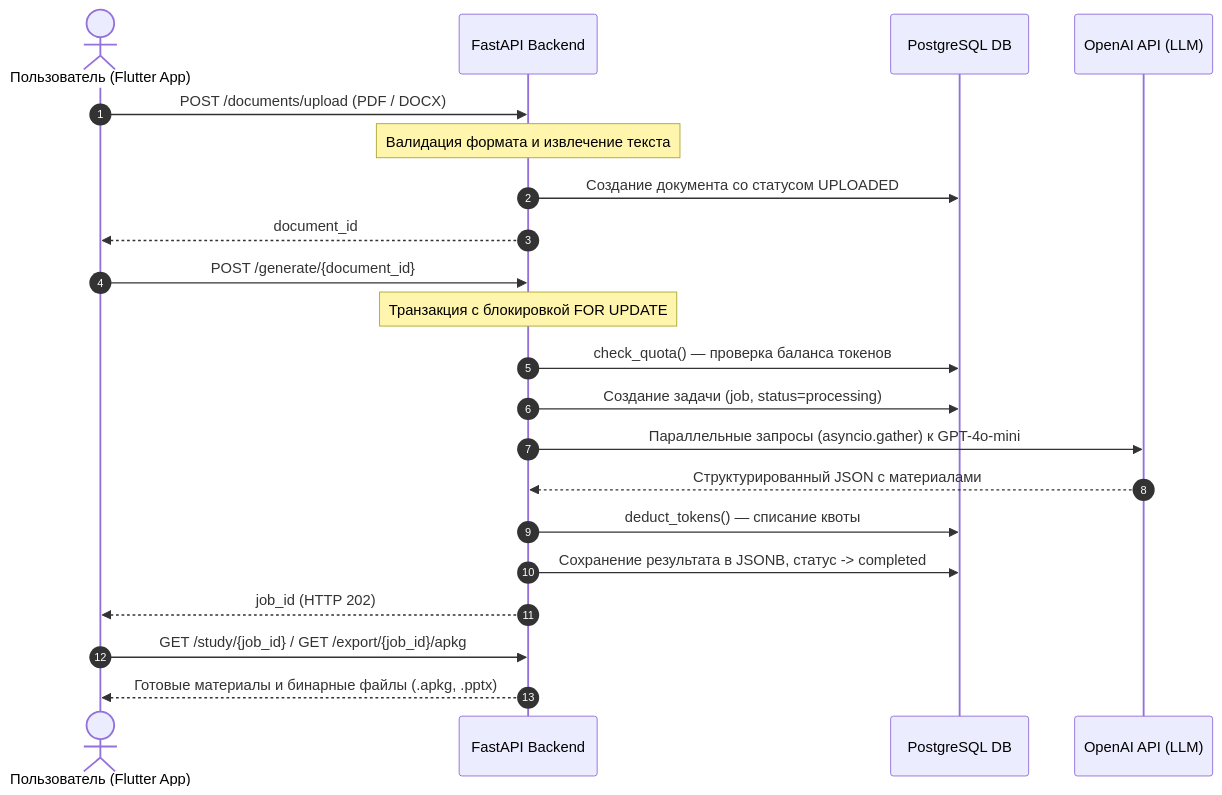
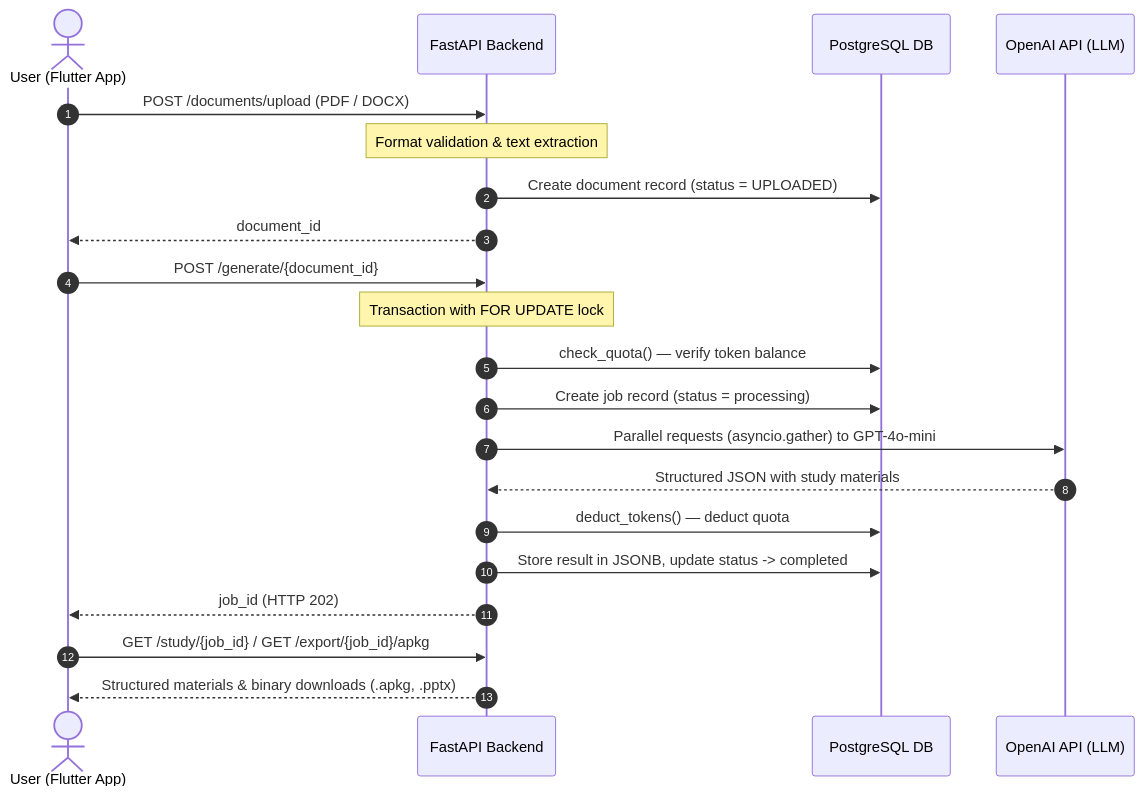
The diagram in README.md (madishkin/Mentora), drawn with Mermaid before and after one commit. The commit also changed other lines of this file, not shown here.

````diff
--- a/README.md
+++ b/README.md
@@ -52,28 +58,28 @@
 ```mermaid
 sequenceDiagram
     autonumber
-    actor User as Пользователь (Flutter App)
+    actor User as User (Flutter App)
     participant FastAPI as FastAPI Backend
     participant DB as PostgreSQL DB
     participant OpenAI as OpenAI API (LLM)
 
     User->>FastAPI: POST /documents/upload (PDF / DOCX)
-    Note over FastAPI: Валидация формата и извлечение текста
-    FastAPI->>DB: Создание документа со статусом UPLOADED
+    Note over FastAPI: Format validation & text extraction
+    FastAPI->>DB: Create document record (status = UPLOADED)
     FastAPI-->>User: document_id
 
     User->>FastAPI: POST /generate/{document_id}
-    Note over FastAPI: Транзакция с блокировкой FOR UPDATE
-    FastAPI->>DB: check_quota() — проверка баланса токенов
-    FastAPI->>DB: Создание задачи (job, status=processing)
+    Note over FastAPI: Transaction with FOR UPDATE lock
+    FastAPI->>DB: check_quota() — verify token balance
+    FastAPI->>DB: Create job record (status = processing)
     
-    FastAPI->>OpenAI: Параллельные запросы (asyncio.gather) к GPT-4o-mini
-    OpenAI-->>FastAPI: Структурированный JSON с материалами
+    FastAPI->>OpenAI: Parallel requests (asyncio.gather) to GPT-4o-mini
+    OpenAI-->>FastAPI: Structured JSON with study materials
     
-    FastAPI->>DB: deduct_tokens() — списание квоты
-    FastAPI->>DB: Сохранение результата в JSONB, статус -> completed
+    FastAPI->>DB: deduct_tokens() — deduct quota
+    FastAPI->>DB: Store result in JSONB, update status -> completed
     FastAPI-->>User: job_id (HTTP 202)
 
     User->>FastAPI: GET /study/{job_id} / GET /export/{job_id}/apkg
-    FastAPI-->>User: Готовые материалы и бинарные файлы (.apkg, .pptx)
+    FastAPI-->>User: Structured materials & binary downloads (.apkg, .pptx)
 ```
````
